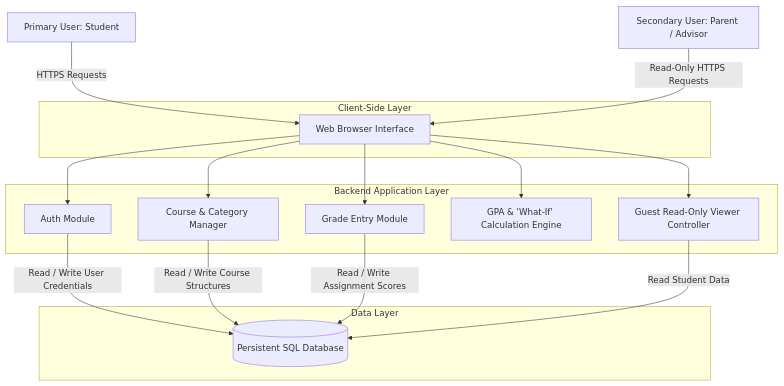
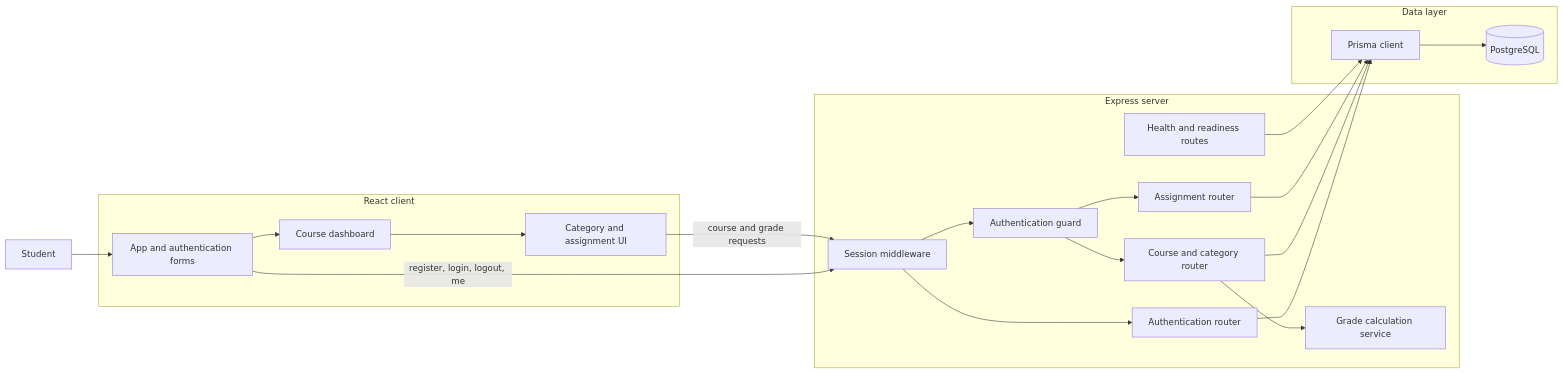
The diagram in docs/architecture-diagram.md (JackLockhart04/grade-tracker), drawn with Mermaid before and after one commit. The commit also changed other lines of this file and 7 other files, not shown here.

````diff
--- a/docs/architecture-diagram.md
+++ b/docs/architecture-diagram.md
@@ -1,40 +5,43 @@
 ```mermaid
-graph TD
-    %% User Roles
-    Student[Primary User: Student]
-    Guest[Secondary User: Parent / Advisor]
+flowchart LR
+    Student[Student]
 
-    %% Frontend Layer
-    subgraph Client [Client-Side Layer]
-        UI[Web Browser Interface]
+    subgraph Browser[React client]
+        App[App and authentication forms]
+        Dashboard[Course dashboard]
+        GradeUI[Category and assignment UI]
     end
 
-    %% Application / API Layer
-    subgraph Server [Backend Application Layer]
-        Auth[Auth Module]
-        CourseMgr[Course & Category Manager]
-        GradeMgr[Grade Entry Module]
-        CalcEngine[GPA & 'What-If' Calculation Engine]
-        AccessCtrl[Guest Read-Only Viewer Controller]
+    subgraph API[Express server]
+        Session[Session middleware]
+        Auth[Authentication router]
+        Guard[Authentication guard]
+        Courses[Course and category router]
+        Assignments[Assignment router]
+        Calculations[Grade calculation service]
+        Health[Health and readiness routes]
     end
 
-    %% Database Layer
-    subgraph Data [Data Layer]
-        DB[(Persistent SQL Database)]
+    subgraph Data[Data layer]
+        Prisma[Prisma client]
+        PostgreSQL[(PostgreSQL)]
     end
 
-    %% Connections
-    Student -->|HTTPS Requests| UI
-    Guest -->|Read-Only HTTPS Requests| UI
-    
-    UI --> Auth
-    UI --> CourseMgr
-    UI --> GradeMgr
-    UI --> CalcEngine
-    UI --> AccessCtrl
+    Student --> App
+    App --> Dashboard
+    Dashboard --> GradeUI
 
-    Auth -->|Read / Write User Credentials| DB
-    CourseMgr -->|Read / Write Course Structures| DB
-    GradeMgr -->|Read / Write Assignment Scores| DB
-    AccessCtrl -->|Read Student Data| DB
+    App -->|register, login, logout, me| Session
+    GradeUI -->|course and grade requests| Session
+    Session --> Auth
+    Session --> Guard
+    Guard --> Courses
+    Guard --> Assignments
+    Courses --> Calculations
+
+    Auth --> Prisma
+    Courses --> Prisma
+    Assignments --> Prisma
+    Health --> Prisma
+    Prisma --> PostgreSQL
 ```
````
